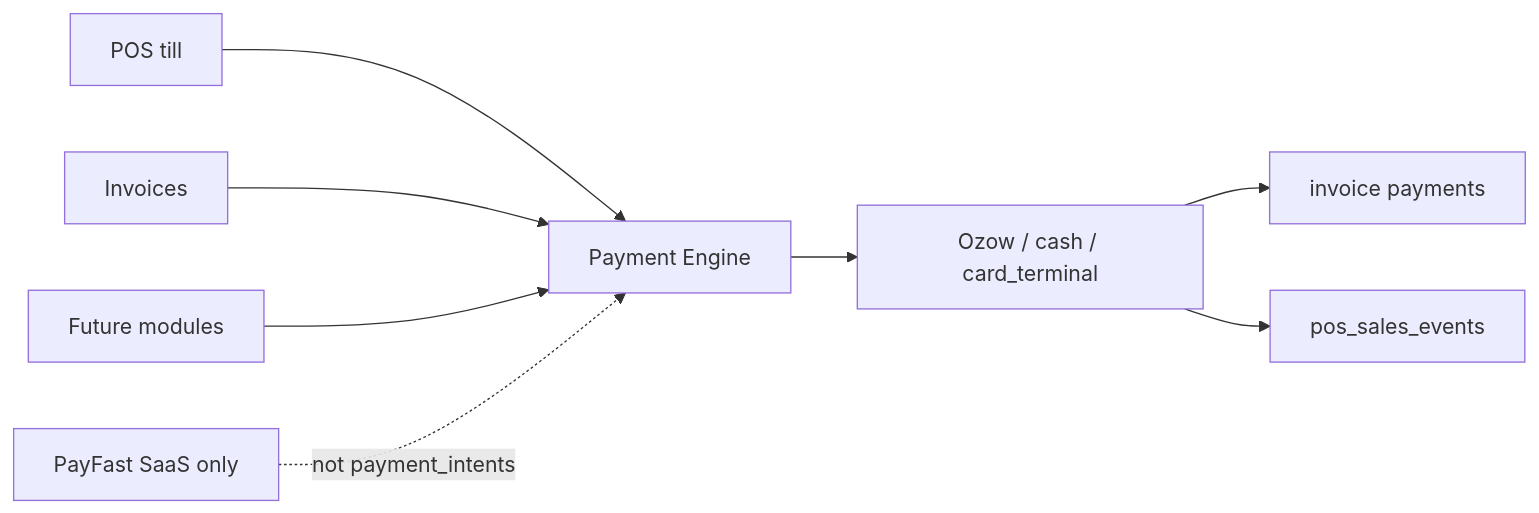
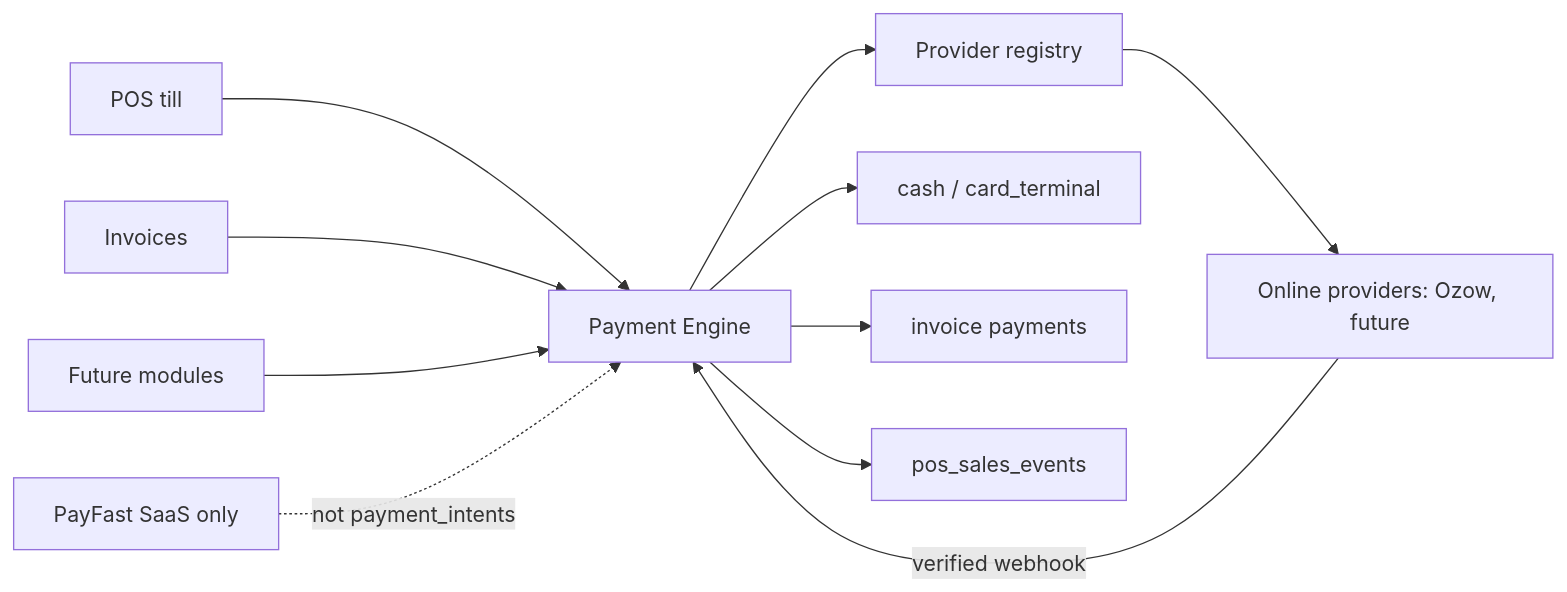
One commit to YoursZA1/Paidly changed the fourth of 4 diagrams in docs/HOW_EVERYTHING_CONNECTS.md. Above: the diagram before and after it, drawn with Mermaid. The commit also changed other lines of this file and 108 other files, not shown here.

````diff
--- a/docs/HOW_EVERYTHING_CONNECTS.md
+++ b/docs/HOW_EVERYTHING_CONNECTS.md
@@ -136,19 +136,24 @@
 ```mermaid
 flowchart LR
   POS[POS till]
   Inv[Invoices]
   Fut[Future modules]
   Eng[Payment Engine]
-  Ozow[Ozow / cash / card_terminal]
+  Reg[Provider registry]
+  Online[Online providers: Ozow, future]
+  Rails[cash / card_terminal]
   Pay[invoice payments]
   Till[pos_sales_events]
   SaaS[PayFast SaaS only]
 
   POS --> Eng
   Inv --> Eng
   Fut --> Eng
-  Eng --> Ozow
-  Ozow --> Pay
-  Ozow --> Till
+  Eng --> Reg
+  Reg --> Online
+  Eng --> Rails
+  Online -->|verified webhook| Eng
+  Eng --> Pay
+  Eng --> Till
   SaaS -.->|not payment_intents| Eng
 ```
````
